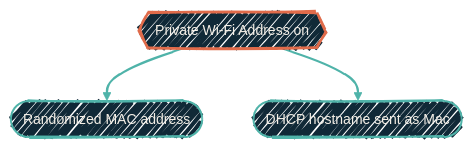
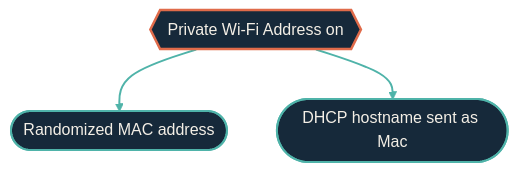
One commit to dryvist/docs changed the diagram in infrastructure/mac-homelab-setup.mdx. Above: the diagram before and after it, drawn with Mermaid. The commit also changed 116 other files, not shown here.

````diff
--- a/infrastructure/mac-homelab-setup.mdx
+++ b/infrastructure/mac-homelab-setup.mdx
@@ -45,18 +45,23 @@
 ```mermaid
-%%{init:
-  {'theme':'base','look':'handDrawn','themeVariables':{'fontFamily':'Geist','fontSize':'14px','primaryColor':'#102937','primaryTextColor':'#F4EFE6','primaryBorderColor':'#4FB3A9','lineColor':'#4FB3A9','secondaryColor':'#0B1D2A','tertiaryColor':'#1A2A38','clusterBkg':'rgba(79,179,169,0.08)','clusterBorder':'#4FB3A9'}}}%%
-  flowchart TB
+%%{init: {"theme":"base","look":"handDrawn","themeVariables":{"primaryColor":"#123a36","primaryTextColor":"#f4efe6","primaryBorderColor":"#4fb3a9","lineColor":"#4fb3a9","secondaryColor":"#0b1d2a","tertiaryColor":"#16293a","clusterBkg":"#08151f","clusterBorder":"#4fb3a9","fontFamily":"'Geist Sans', system-ui, -apple-system, BlinkMacSystemFont, 'Segoe UI', Roboto, sans-serif","fontSize":"14px"}}}%%
+flowchart TB
+  classDef src fill:#16293a,stroke:#e06b4a,stroke-width:2px,color:#f4efe6;
+  classDef ai fill:#16293a,stroke:#e06b4a,stroke-width:2px,color:#f4efe6;
+  classDef gate fill:#16293a,stroke:#e06b4a,stroke-width:2.5px,color:#f4efe6;
+  classDef hop fill:#16293a,stroke:#4fb3a9,stroke-width:2px,color:#f4efe6;
+  classDef host fill:#16293a,stroke:#4fb3a9,stroke-width:2px,color:#f4efe6;
+  classDef sink fill:#16293a,stroke:#f4efe6,stroke-width:2px,color:#f4efe6;
+  classDef auto fill:#16293a,stroke:#f4efe6,stroke-width:1.5px,color:#f4efe6;
+  classDef external fill:#16293a,stroke:#e6b35a,stroke-width:2px,color:#f4efe6;
   P{{Private Wi-Fi Address on}}
   M([Randomized MAC address])
   H([DHCP hostname sent as Mac])
 
   P --> M
   P --> H
 
-  classDef gate fill:#102937,stroke:#E06B4A,stroke-width:2.5px,color:#F4EFE6;
-  classDef hop  fill:#102937,stroke:#4FB3A9,stroke-width:2px,color:#F4EFE6;
   class P gate
   class M,H hop
 
   linkStyle 0,1 stroke:#4FB3A9,stroke-width:2px;
 ```
````
